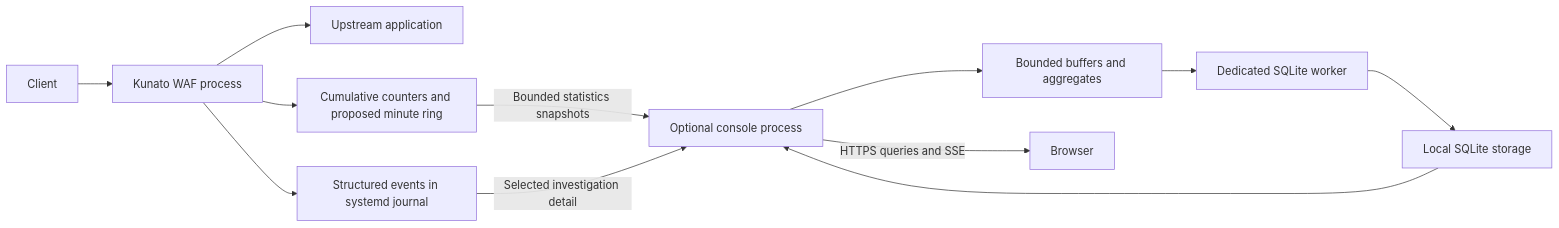
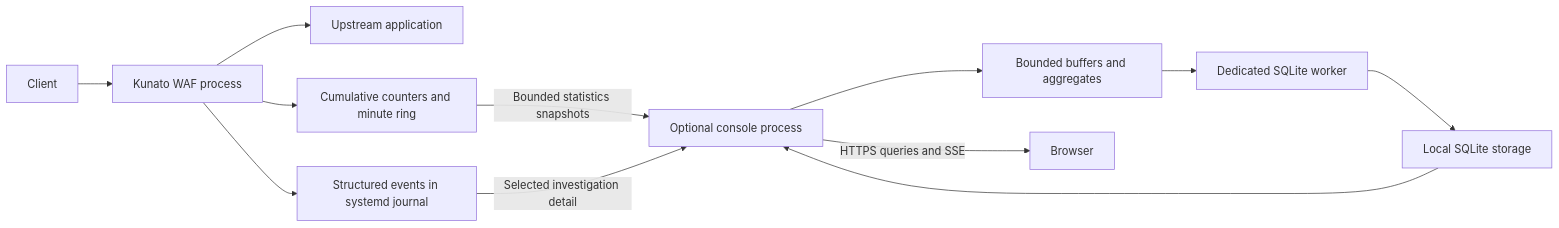
One commit to hiroeorz/kunato changed the diagram in docs/monitoring-console.md. Above: the diagram before and after it, drawn with Mermaid. The commit also changed other lines of this file and 17 other files, not shown here.

````diff
--- a/docs/monitoring-console.md
+++ b/docs/monitoring-console.md
@@ -70,14 +74,14 @@
 ```mermaid
 flowchart LR
     Client[Client] --> WAF[Kunato WAF process]
     WAF --> Upstream[Upstream application]
-    WAF --> Counters[Cumulative counters and proposed minute ring]
+    WAF --> Counters[Cumulative counters and minute ring]
     WAF --> Journal[Structured events in systemd journal]
     Counters -->|Bounded statistics snapshots| Console[Optional console process]
     Journal -->|Selected investigation detail| Console
     Console --> Buffer[Bounded buffers and aggregates]
     Buffer --> Writer[Dedicated SQLite worker]
     Writer --> Database[Local SQLite storage]
     Database --> Console
     Console -->|HTTPS queries and SSE| Browser[Browser]
 ```
````
